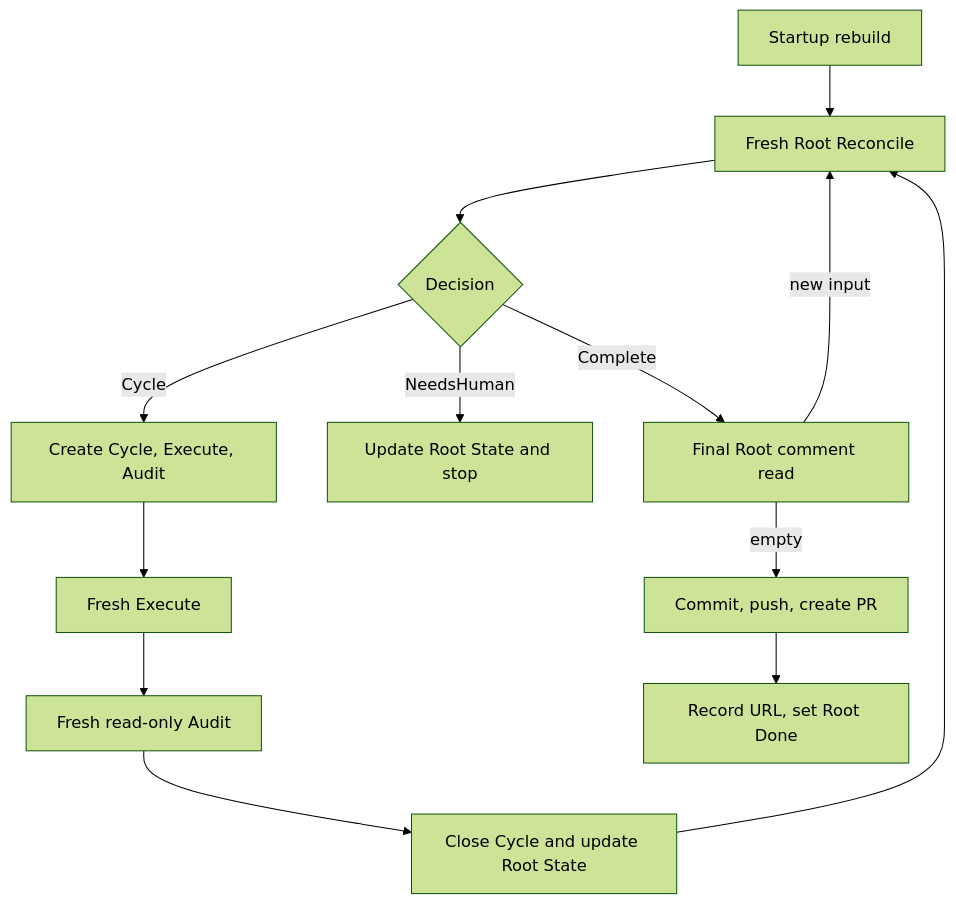
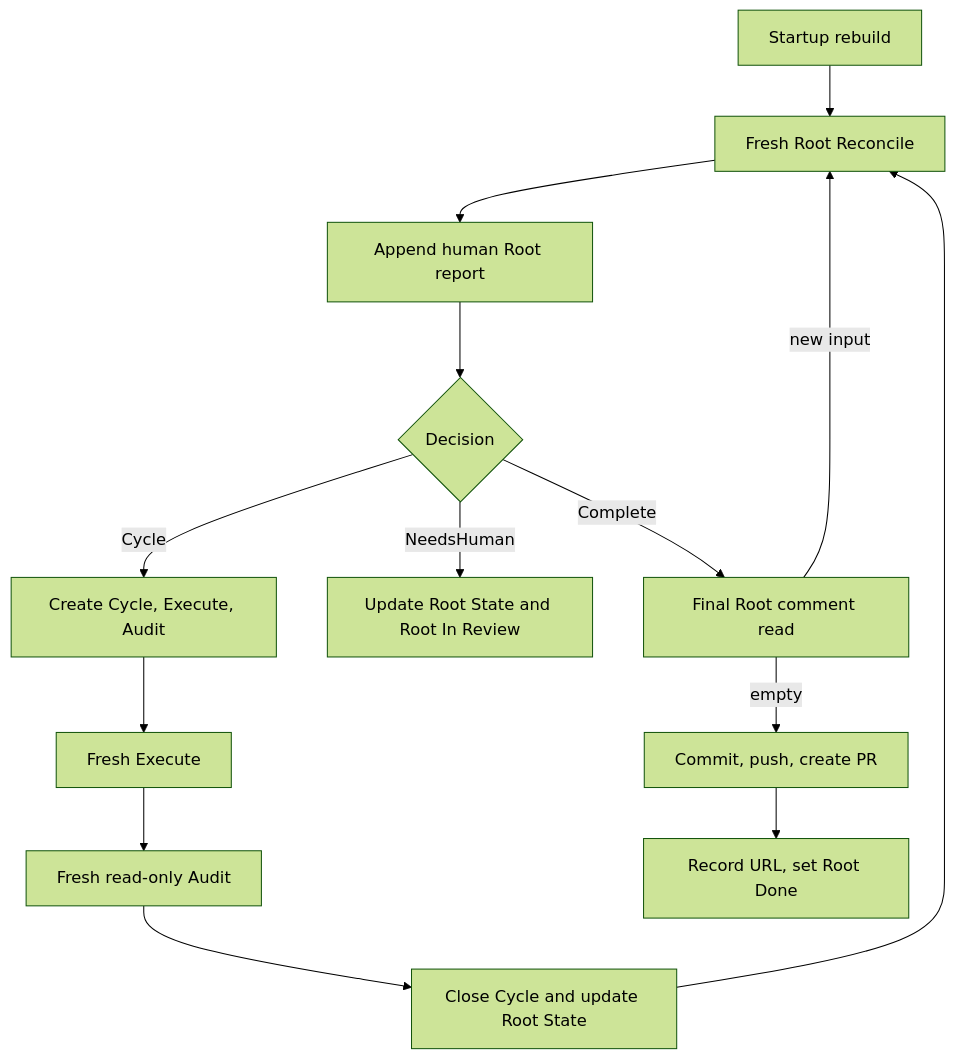
The diagram in docs/architecture/conductor.md (hallucination-studio/symphony), drawn with Mermaid (forest theme) before and after one commit. The commit also changed other lines of this file and 218 other files, not shown here.

````diff
--- a/docs/architecture/conductor.md
+++ b/docs/architecture/conductor.md
@@ -88,16 +106,17 @@
 ```mermaid
 %% source-rules: WF-ROUTE-001 WF-ROUTE-002 WF-ROUTE-003 WF-ROUTE-004 WF-ROUTE-005 WF-ROUTE-006 WF-ROUTE-007 WF-ROUTE-008
 flowchart TD
   Start[Startup rebuild] --> Reconcile[Fresh Root Reconcile]
-  Reconcile --> Decision{Decision}
+  Reconcile --> Report[Append human Root report]
+  Report --> Decision{Decision}
   Decision -->|Cycle| Create[Create Cycle, Execute, Audit]
   Create --> Execute[Fresh Execute]
   Execute --> Audit[Fresh read-only Audit]
   Audit --> Close[Close Cycle and update Root State]
   Close --> Reconcile
-  Decision -->|NeedsHuman| Stop[Update Root State and stop]
+  Decision -->|NeedsHuman| Stop[Update Root State and Root In Review]
   Decision -->|Complete| Inbox[Final Root comment read]
   Inbox -->|new input| Reconcile
   Inbox -->|empty| PR[Commit, push, create PR]
   PR --> Done[Record URL, set Root Done]
 ```
````
